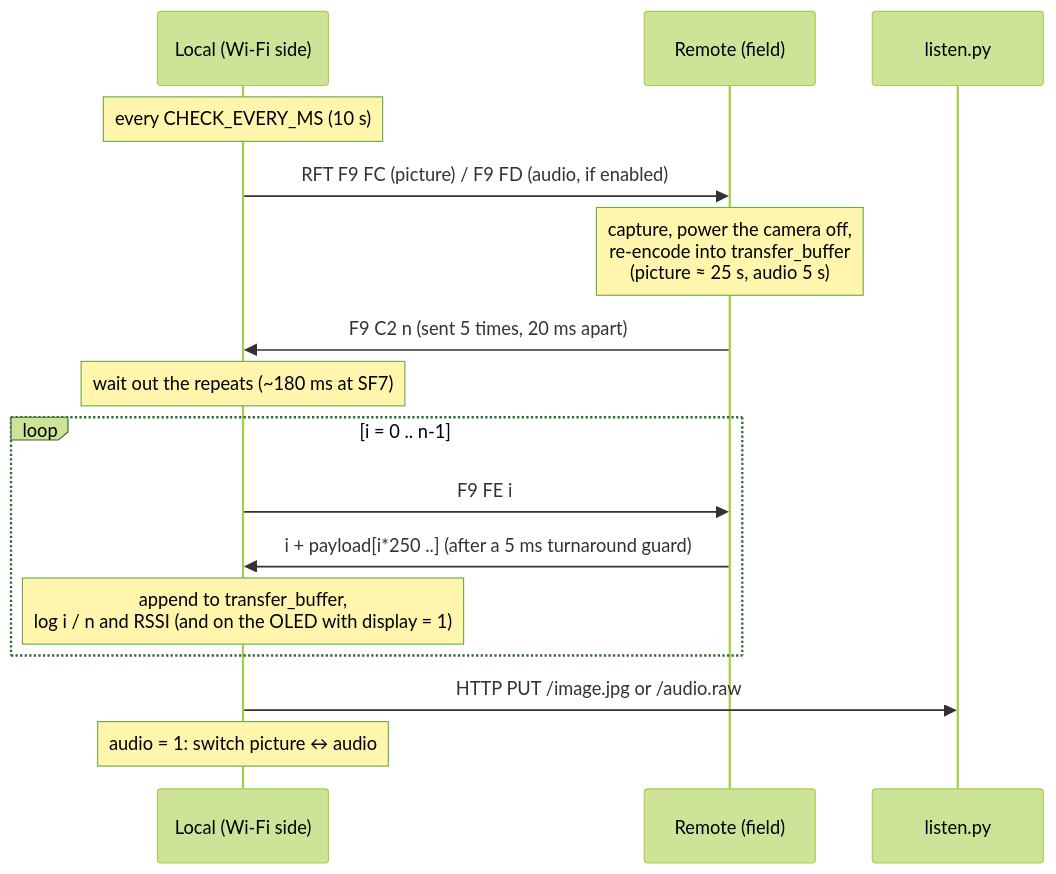
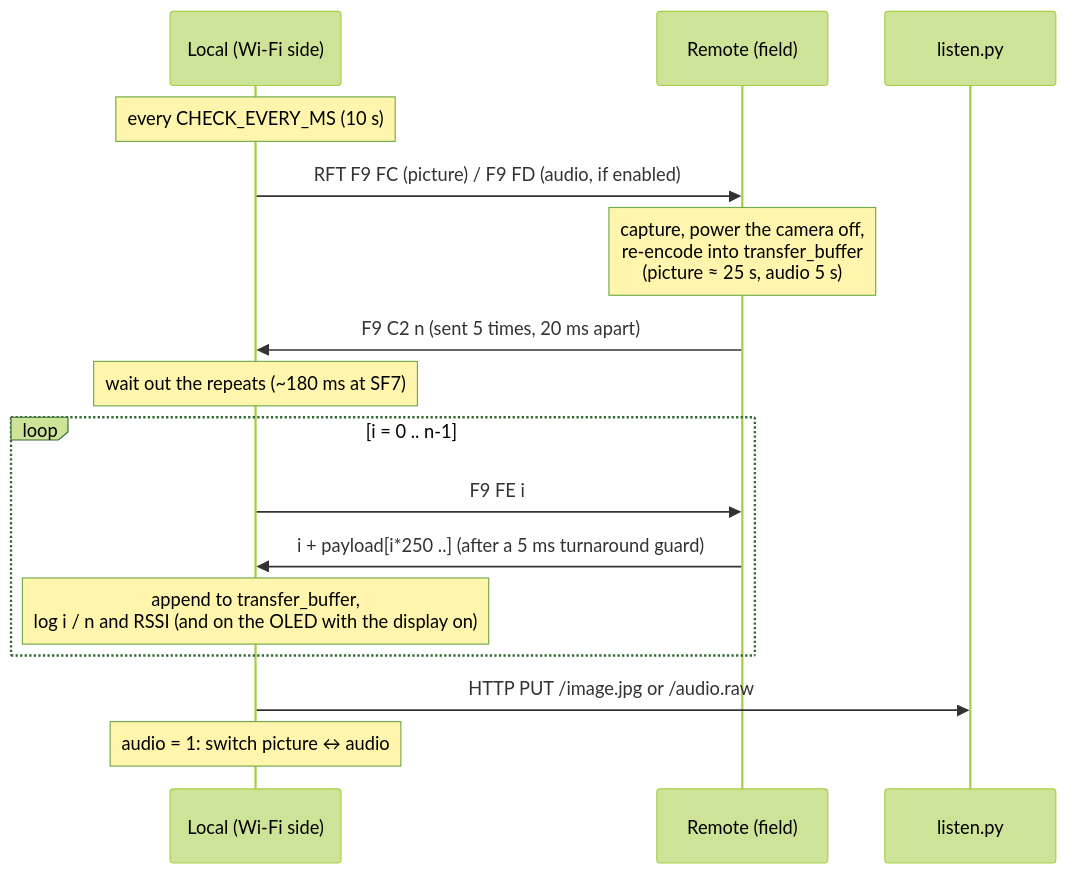
Before and after one commit to gfnord/loracamera: the first of 2 diagrams in docs/protocol.md, drawn with Mermaid (forest theme). The commit also changed other lines of this file and 19 other files, not shown here.

````diff
--- a/docs/protocol.md
+++ b/docs/protocol.md
@@ -21,18 +21,18 @@
 ```mermaid
 sequenceDiagram
     participant L as Local (Wi-Fi side)
     participant R as Remote (field)
     participant S as listen.py
     Note over L: every CHECK_EVERY_MS (10 s)
     L->>R: RFT F9 FC (picture) / F9 FD (audio, if enabled)
     Note over R: capture, power the camera off,<br/>re-encode into transfer_buffer<br/>(picture ≈ 25 s, audio 5 s)
     R->>L: F9 C2 n (sent 5 times, 20 ms apart)
     Note over L: wait out the repeats (~180 ms at SF7)
     loop i = 0 .. n-1
         L->>R: F9 FE i
         R->>L: i + payload[i*250 ..] (after a 5 ms turnaround guard)
-        Note over L: append to transfer_buffer,<br/>log i / n and RSSI (and on the OLED with display = 1)
+        Note over L: append to transfer_buffer,<br/>log i / n and RSSI (and on the OLED with the display on)
     end
     L->>S: HTTP PUT /image.jpg or /audio.raw
     Note over L: audio = 1: switch picture ↔ audio
 ```
````
